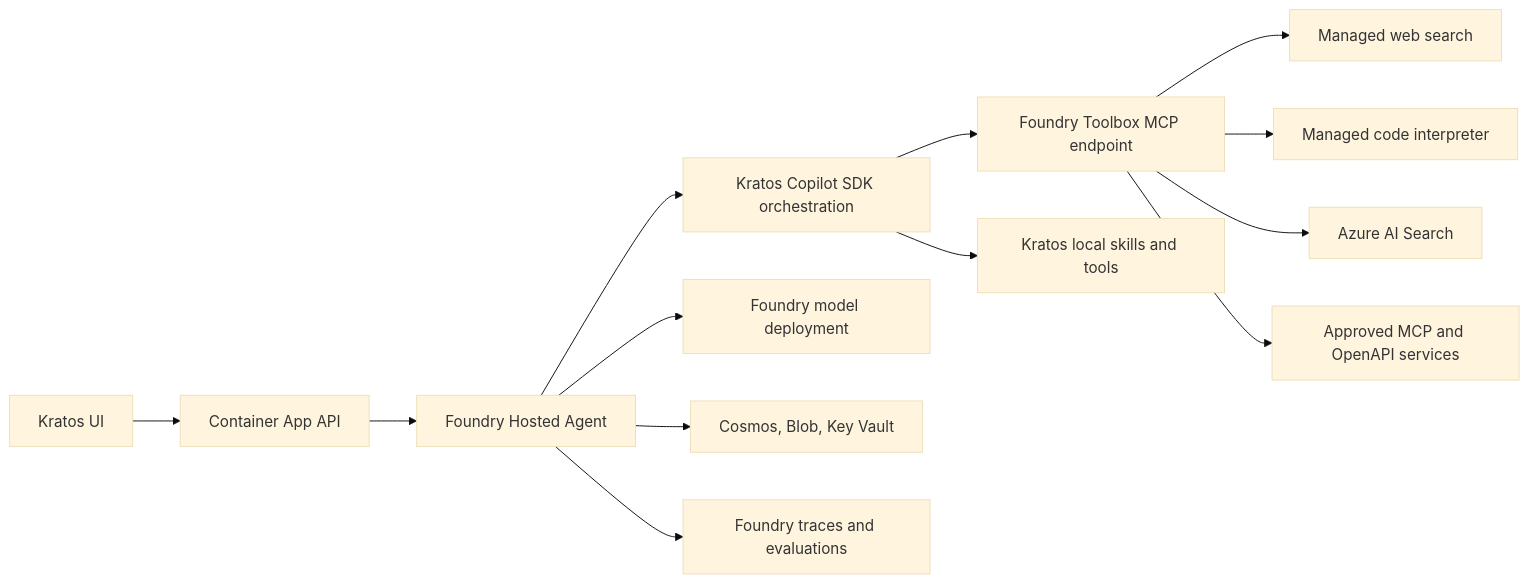
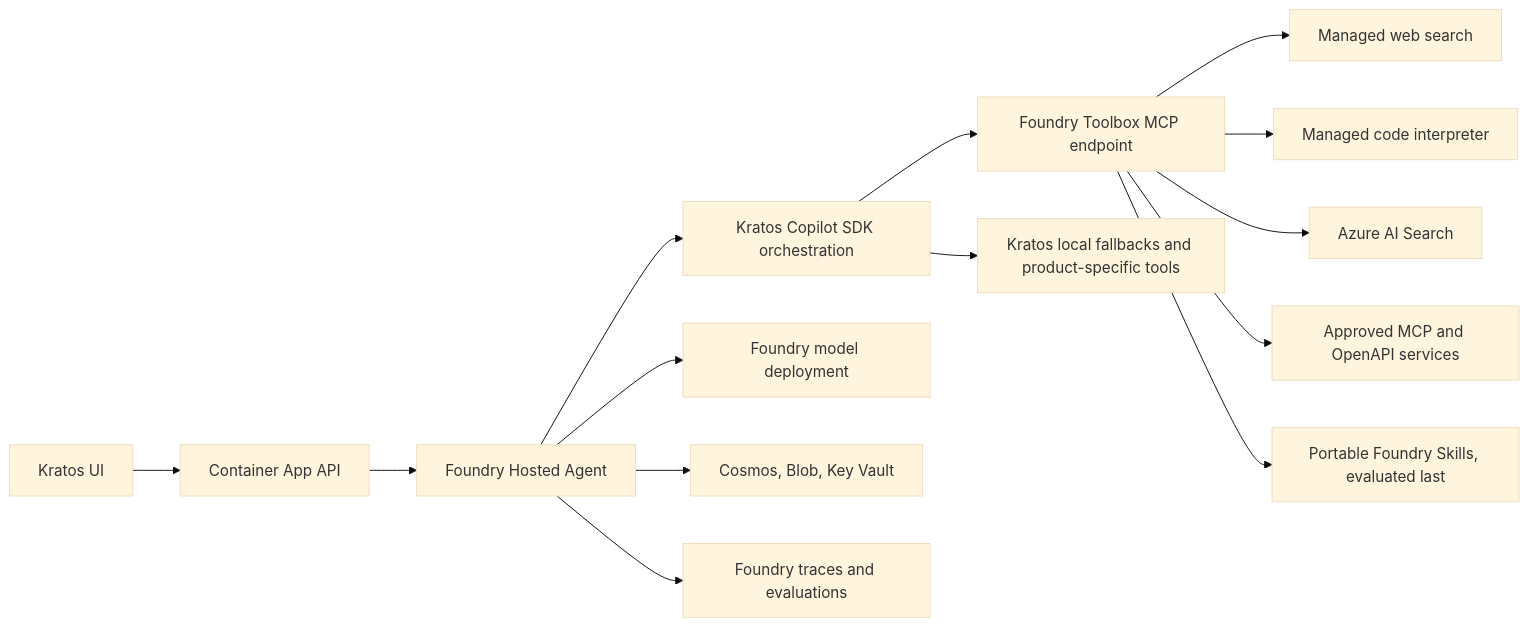
Before and after one commit to jason-johnson/kratos-agent: the diagram in PLAN.md, drawn with Mermaid (base theme). The commit also changed other lines of this file and 12 other files, not shown here.

````diff
--- a/PLAN.md
+++ b/PLAN.md
@@ -80,15 +96,16 @@
 ```mermaid
 flowchart LR
     UI[Kratos UI] --> API[Container App API]
     API --> HA[Foundry Hosted Agent]
     HA --> ORCH[Kratos Copilot SDK orchestration]
     ORCH --> TB[Foundry Toolbox MCP endpoint]
-    ORCH --> LOCAL[Kratos local skills and tools]
+    ORCH --> LOCAL[Kratos local fallbacks and product-specific tools]
     TB --> WEB[Managed web search]
     TB --> CODE[Managed code interpreter]
     TB --> SEARCH[Azure AI Search]
     TB --> MCP[Approved MCP and OpenAPI services]
+    TB --> FSKILLS[Portable Foundry Skills, evaluated last]
     HA --> MODEL[Foundry model deployment]
     HA --> DATA[Cosmos, Blob, Key Vault]
     HA --> OBS[Foundry traces and evaluations]
 ```
````
